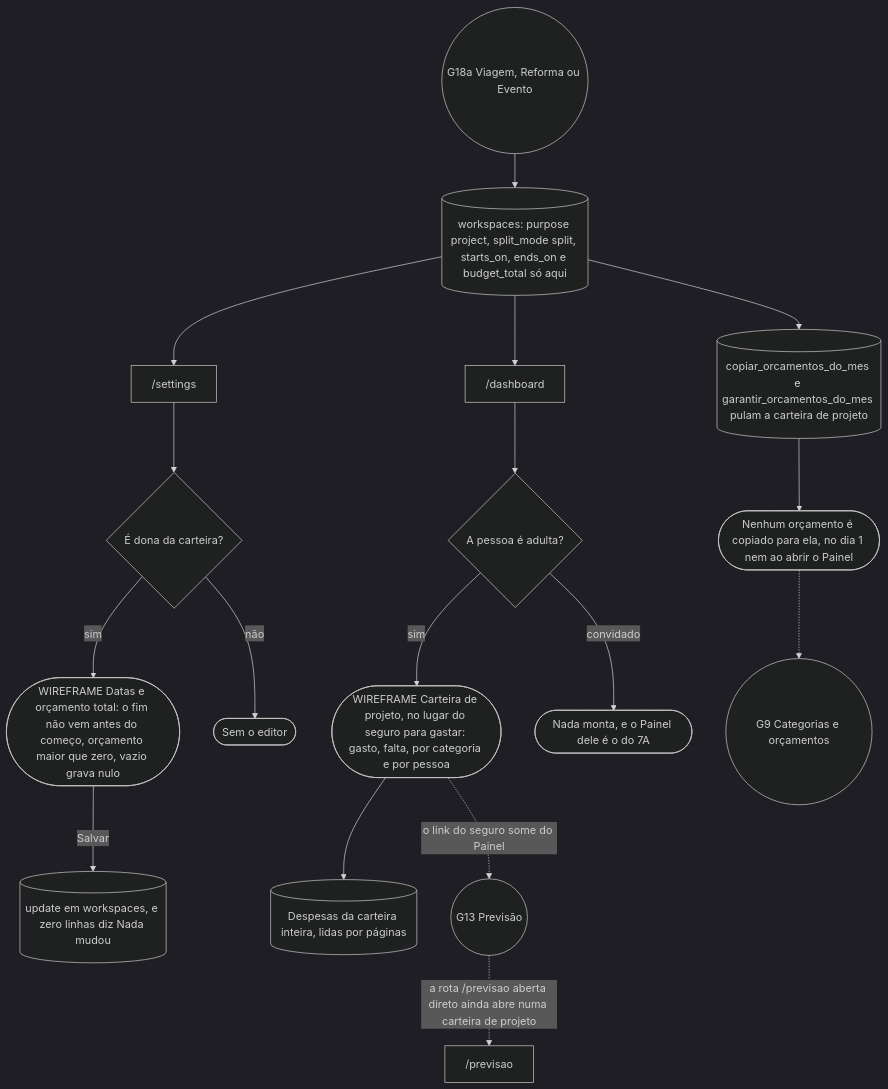
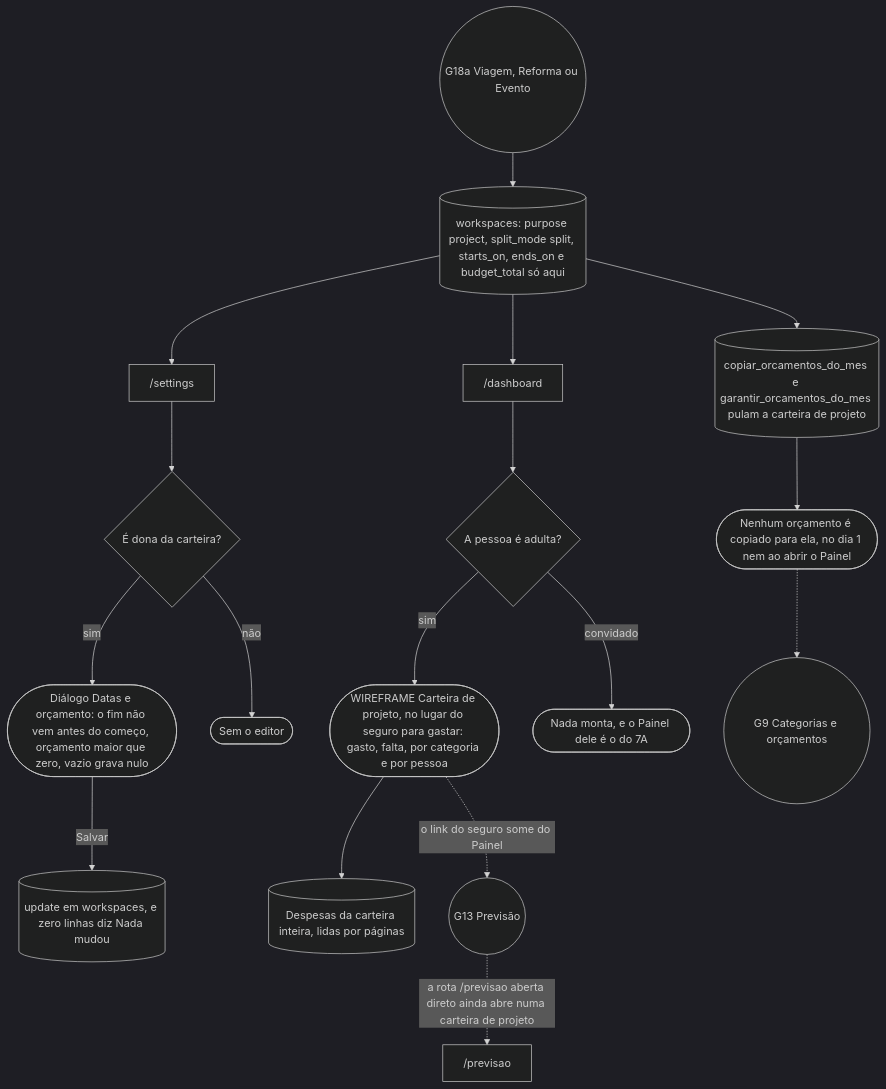
One commit to kauax2000/finance_app changed diagram 28 of 31 in docs/JORNADAS.md. Above: the diagram before and after it, drawn with Mermaid. The commit also changed other lines of this file and 2 other files, not shown here.

````diff
--- a/docs/JORNADAS.md
+++ b/docs/JORNADAS.md
@@ -1892,22 +1894,22 @@
 ```mermaid
 %%{init: {"theme": "dark"}}%%
 flowchart TD
     modelo(("G18a Viagem, Reforma ou Evento")) --> ws[("workspaces: purpose project, split_mode split, starts_on, ends_on e budget_total só aqui")]
     ws --> config["/settings"]
     config --> dono{"É dona da carteira?"}
-    dono -->|"sim"| datas(["WIREFRAME Datas e orçamento total: o fim não vem antes do começo, orçamento maior que zero, vazio grava nulo"])
+    dono -->|"sim"| datas(["Diálogo Datas e orçamento: o fim não vem antes do começo, orçamento maior que zero, vazio grava nulo"])
     dono -->|"não"| semEditor(["Sem o editor"])
     datas -->|"Salvar"| upd[("update em workspaces, e zero linhas diz Nada mudou")]
 
     ws --> painel["/dashboard"]
     painel --> adulto{"A pessoa é adulta?"}
     adulto -->|"sim"| resumo(["WIREFRAME Carteira de projeto, no lugar do seguro para gastar: gasto, falta, por categoria e por pessoa"])
     adulto -->|"convidado"| nada(["Nada monta, e o Painel dele é o do 7A"])
     resumo --> lanc[("Despesas da carteira inteira, lidas por páginas")]
 
     ws --> orc[("copiar_orcamentos_do_mes e garantir_orcamentos_do_mes pulam a carteira de projeto")]
     orc --> semOrc(["Nenhum orçamento é copiado para ela, no dia 1 nem ao abrir o Painel"])
     semOrc -.-> G9(("G9 Categorias e orçamentos"))
     resumo -.->|"o link do seguro some do Painel"| G13(("G13 Previsão"))
     G13 -.->|"a rota /previsao aberta direto ainda abre numa carteira de projeto"| prev["/previsao"]
 ```
````
